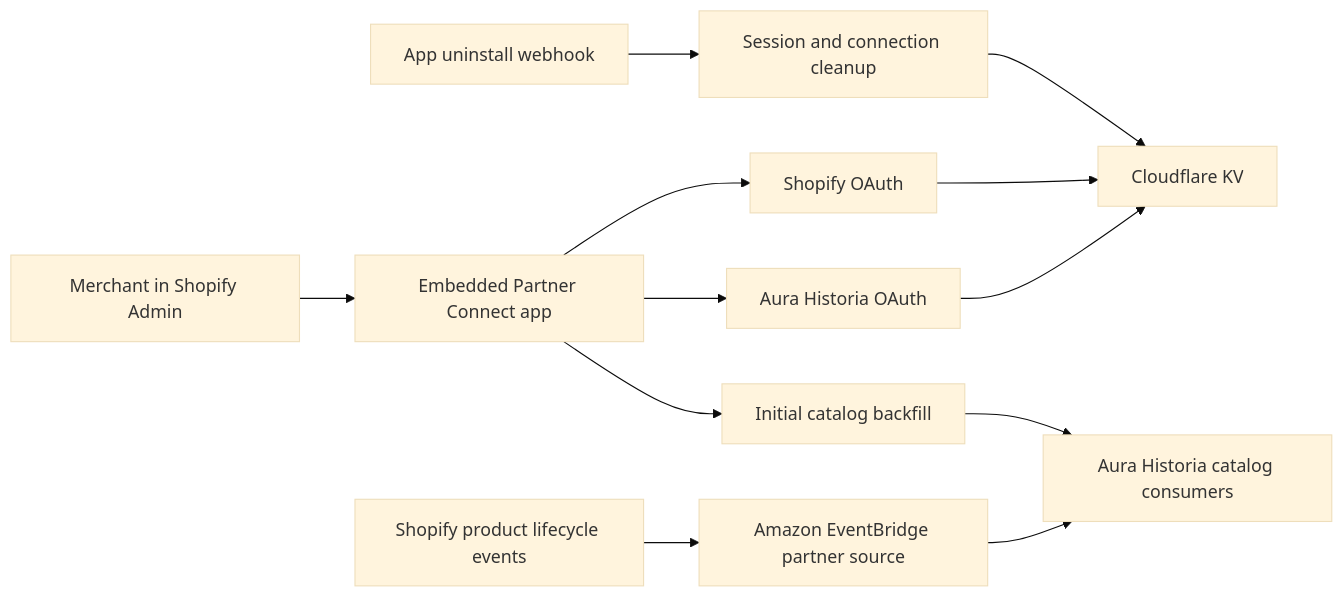
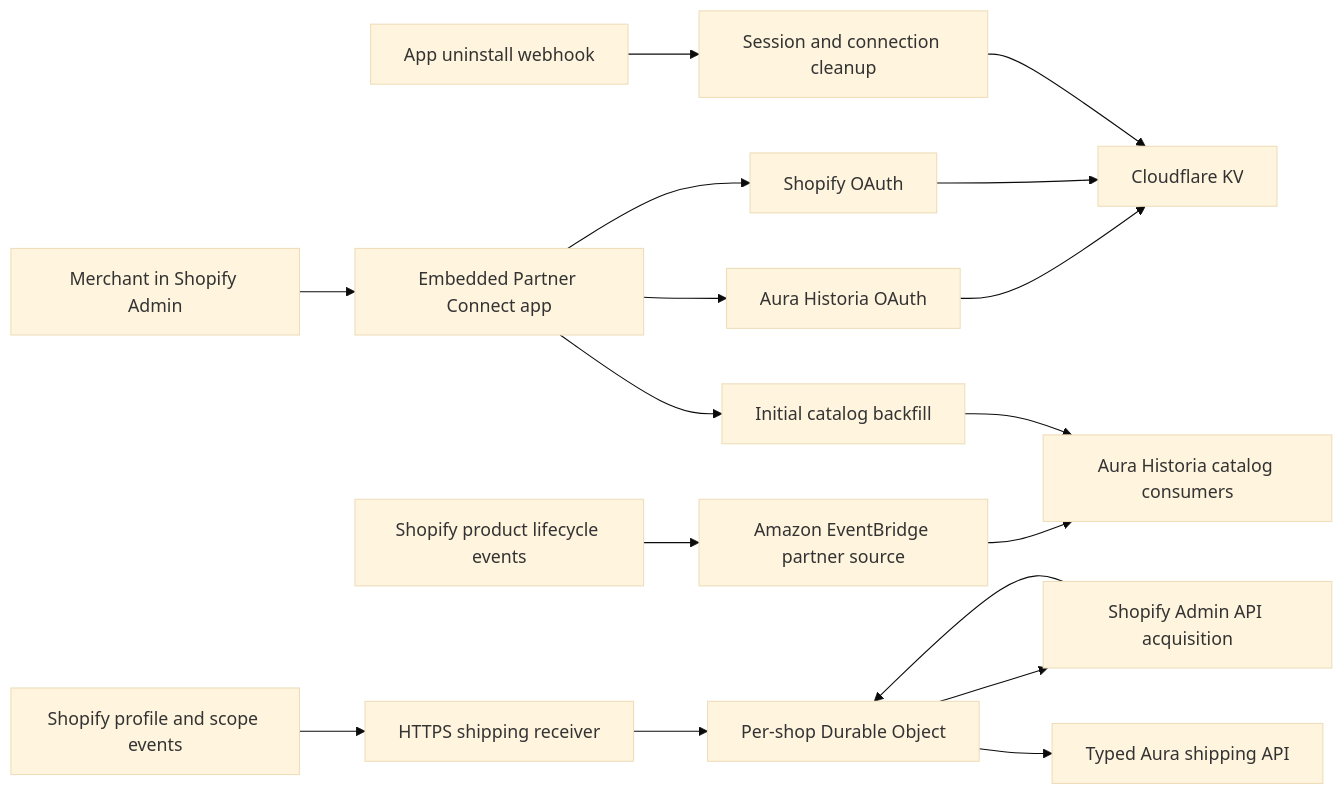
One commit to aura-historia/shopify-app changed the diagram in README.md. Above: the diagram before and after it, drawn with Mermaid (base theme). The commit also changed other lines of this file and 22 other files, not shown here.

First line of the commit message:
feat(#330): refresh shipping with durable retries and cleanup (#339)

````diff
--- a/README.md
+++ b/README.md
@@ -38,14 +38,19 @@
 ```mermaid
 flowchart LR
     M[Merchant in Shopify Admin] --> I[Embedded Partner Connect app]
     I --> S[Shopify OAuth]
     I --> O[Aura Historia OAuth]
     O --> K[Cloudflare KV]
     S --> K
     P[Shopify product lifecycle events] --> E[Amazon EventBridge partner source]
     E --> A[Aura Historia catalog consumers]
     I --> B[Initial catalog backfill]
     B --> A
     U[App uninstall webhook] --> C[Session and connection cleanup]
     C --> K
+    SP[Shopify profile and scope events] --> H[HTTPS shipping receiver]
+    H --> D[Per-shop Durable Object]
+    D --> G[Shopify Admin API acquisition]
+    G --> D
+    D --> SH[Typed Aura shipping API]
 ```
````
